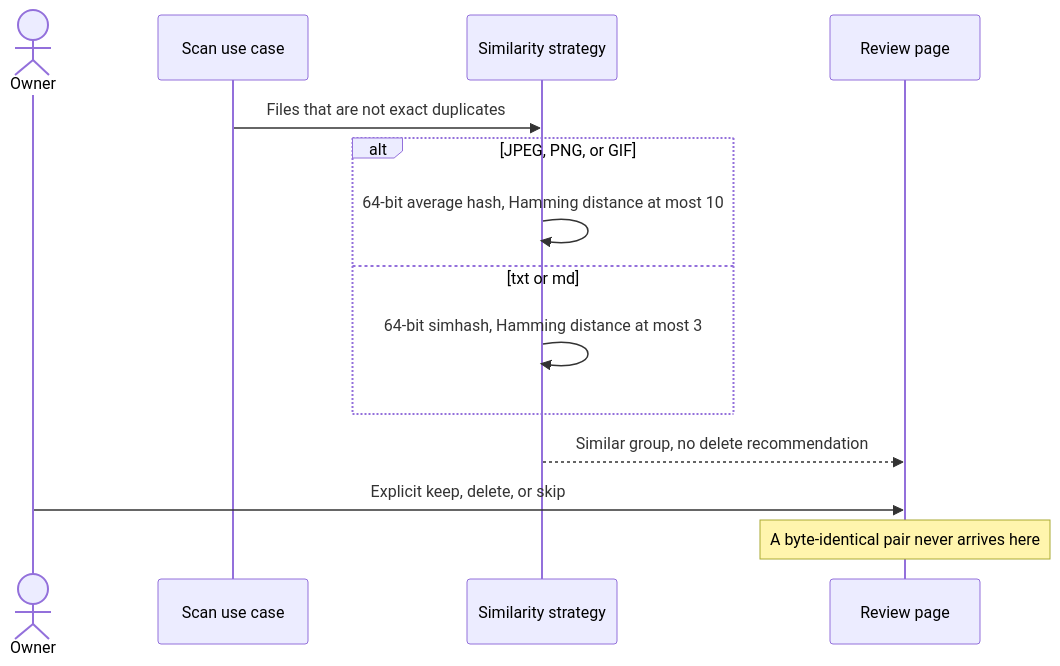
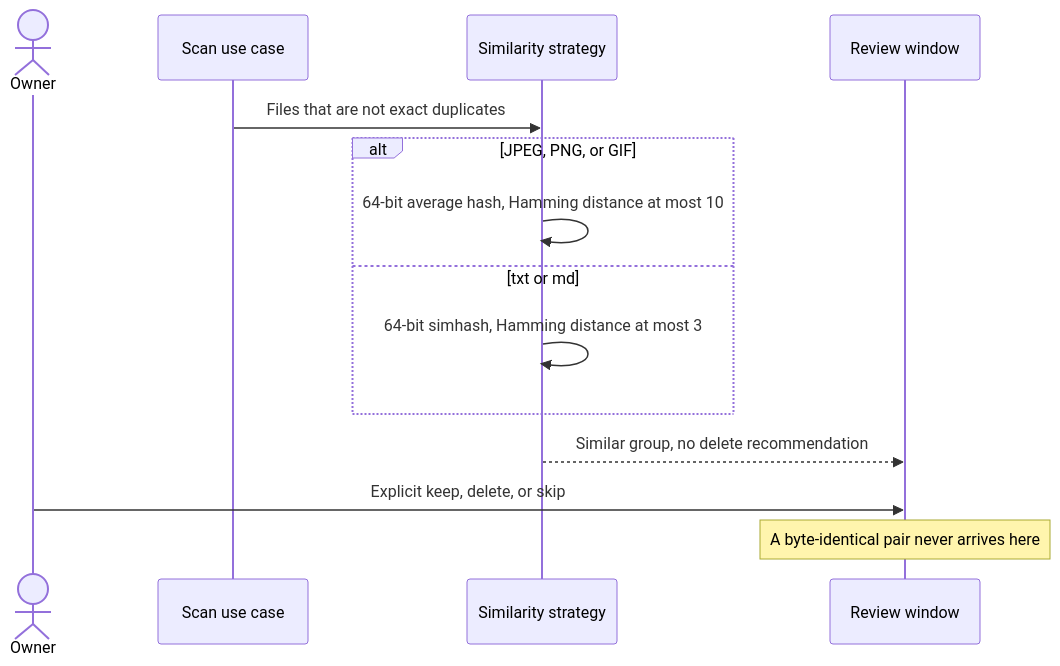
Before and after one commit to cionz0/hdsort: the fourth of 8 diagrams in docs/use-cases.md, drawn with Mermaid. The commit also changed other lines of this file and 27 other files, not shown here.

Commit message:
Open a native review window so a scan can show its progress.

````diff
--- a/docs/use-cases.md
+++ b/docs/use-cases.md
@@ -93,16 +93,16 @@
 ```mermaid
 sequenceDiagram
   actor Owner
   participant Scan as Scan use case
   participant Sim as Similarity strategy
-  participant Page as Review page
+  participant Window as Review window
   Scan->>Sim: Files that are not exact duplicates
   alt JPEG, PNG, or GIF
     Sim->>Sim: 64-bit average hash, Hamming distance at most 10
   else txt or md
     Sim->>Sim: 64-bit simhash, Hamming distance at most 3
   end
-  Sim-->>Page: Similar group, no delete recommendation
-  Owner->>Page: Explicit keep, delete, or skip
-  Note over Page: A byte-identical pair never arrives here
+  Sim-->>Window: Similar group, no delete recommendation
+  Owner->>Window: Explicit keep, delete, or skip
+  Note over Window: A byte-identical pair never arrives here
 ```
````
